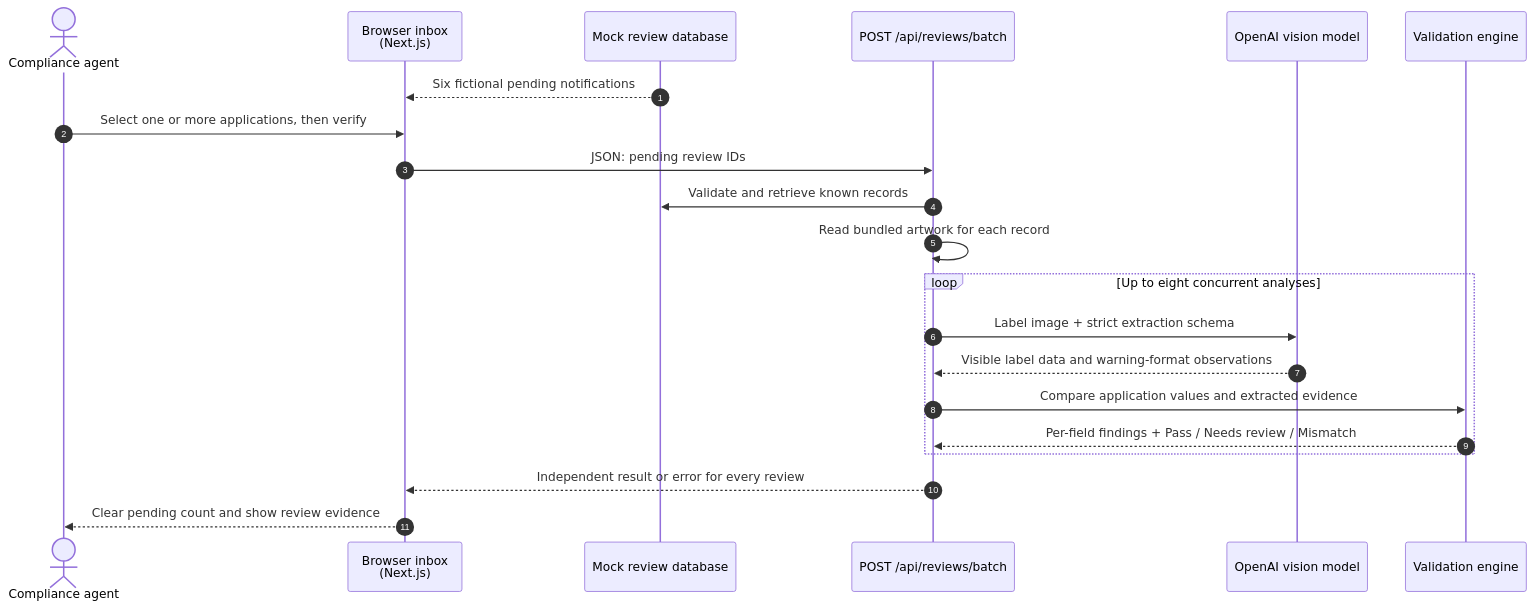
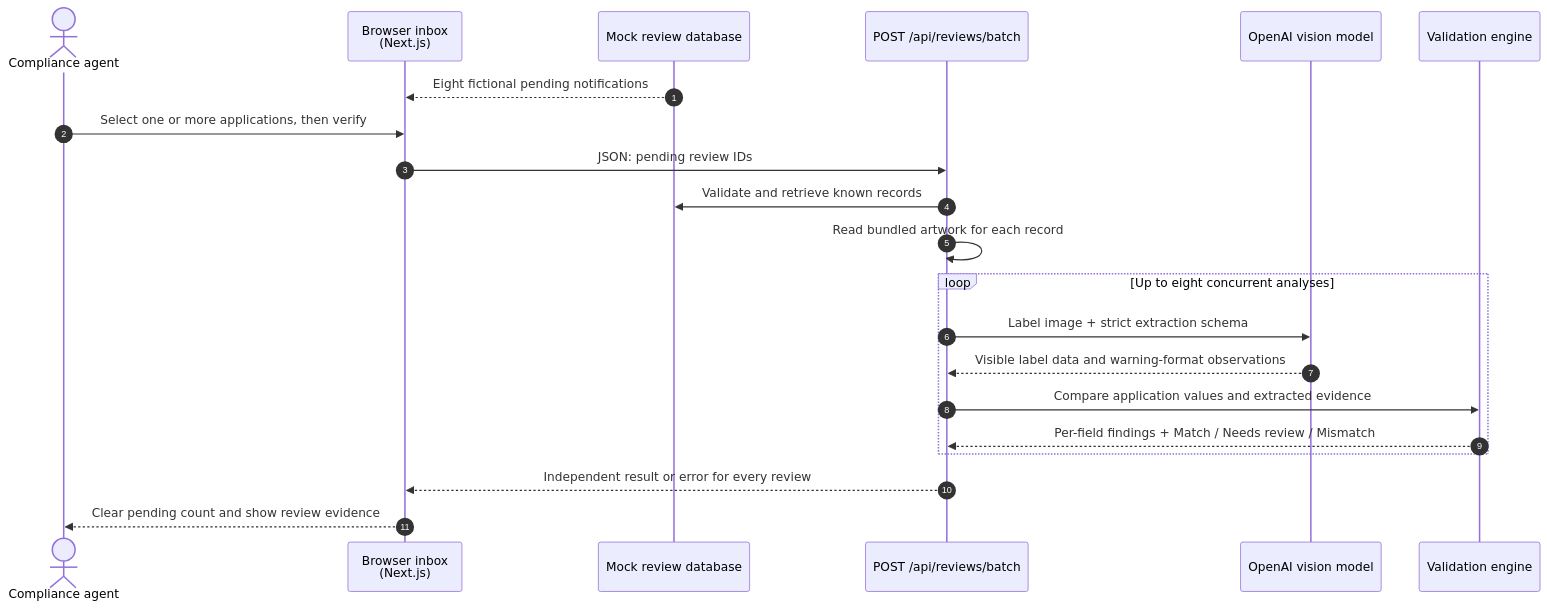
Before and after one commit to jaknock/janak-khadka-federal-build-challange: the diagram in docs/WORKFLOW.md, drawn with Mermaid. The commit also changed other lines of this file and 4 other files, not shown here.

````diff
--- a/docs/WORKFLOW.md
+++ b/docs/WORKFLOW.md
@@ -8,24 +8,24 @@
 ```mermaid
 sequenceDiagram
     autonumber
     actor Agent as Compliance agent
     participant UI as Browser inbox<br/>(Next.js)
     participant Queue as Mock review database
     participant API as POST /api/reviews/batch
     participant AI as OpenAI vision model
     participant Rules as Validation engine
 
-    Queue-->>UI: Six fictional pending notifications
+    Queue-->>UI: Eight fictional pending notifications
     Agent->>UI: Select one or more applications, then verify
     UI->>API: JSON: pending review IDs
     API->>Queue: Validate and retrieve known records
     API->>API: Read bundled artwork for each record
     loop Up to eight concurrent analyses
         API->>AI: Label image + strict extraction schema
         AI-->>API: Visible label data and warning-format observations
         API->>Rules: Compare application values and extracted evidence
-        Rules-->>API: Per-field findings + Pass / Needs review / Mismatch
+        Rules-->>API: Per-field findings + Match / Needs review / Mismatch
     end
     API-->>UI: Independent result or error for every review
     UI-->>Agent: Clear pending count and show review evidence
 ```
````
